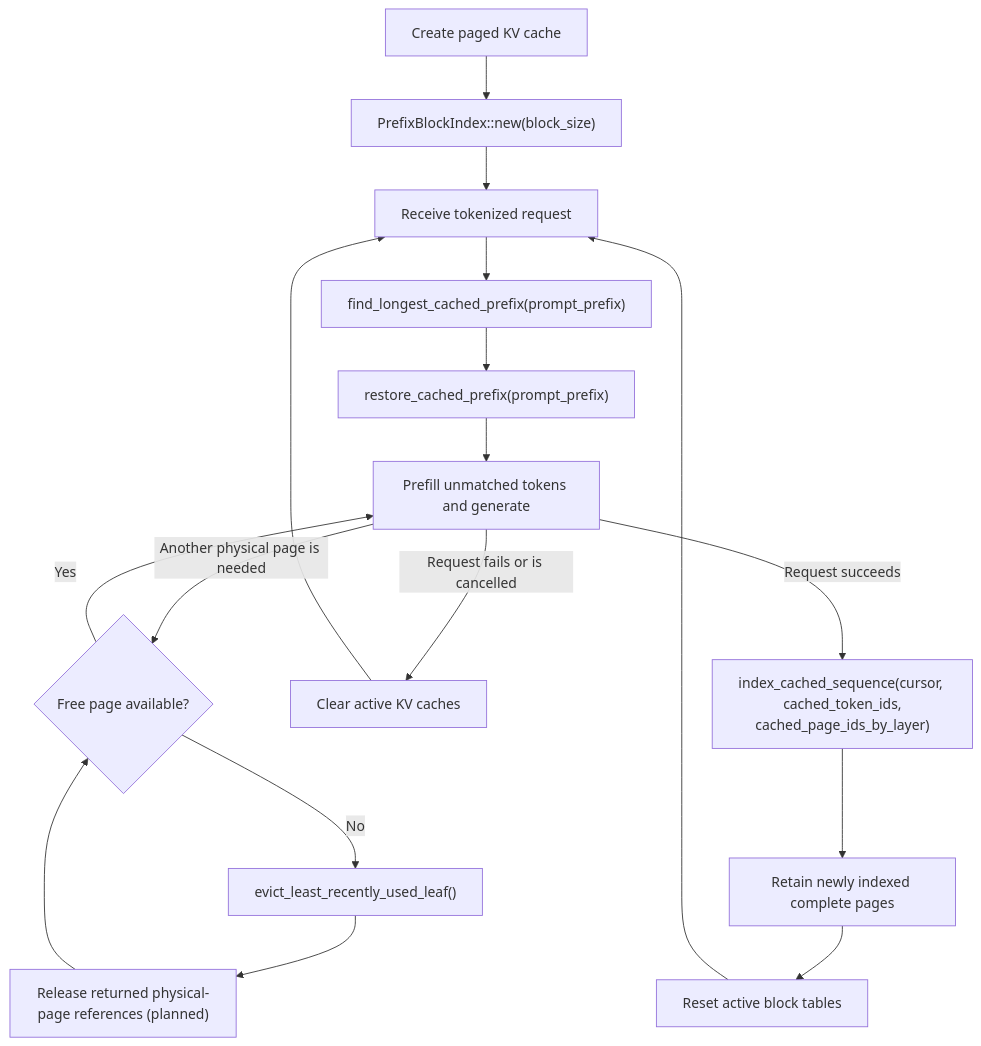
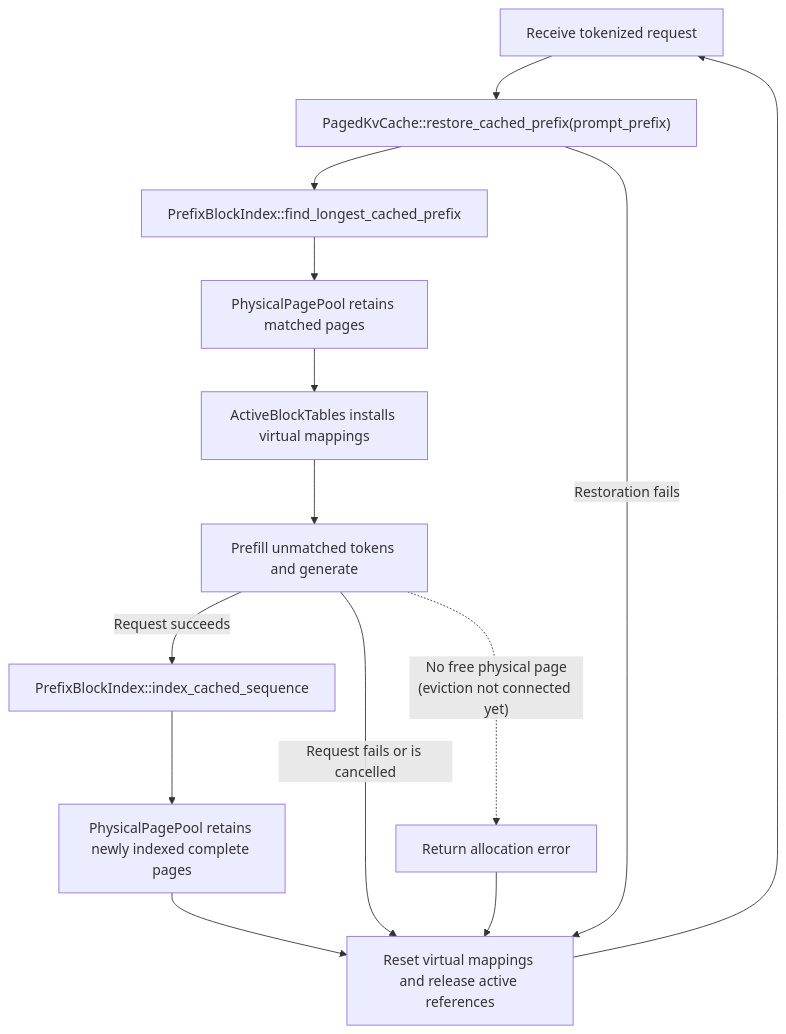
The diagram in src/model_runner/server/kv_cache/README.md (lun0522/mini-vllm-rs), drawn with Mermaid before and after one commit. The commit also changed other lines of this file and 4 other files, not shown here.

First line of the commit message:
Refactor: Clarify paged KV cache ownership and request lifecycle

````diff
--- a/src/model_runner/server/kv_cache/README.md
+++ b/src/model_runner/server/kv_cache/README.md
@@ -29,19 +37,17 @@
 ```mermaid
 flowchart TD
-    Start[Create paged KV cache] --> New["PrefixBlockIndex::new(block_size)"]
-    New --> Request[Receive tokenized request]
-    Request --> Find["find_longest_cached_prefix(prompt_prefix)"]
-    Find --> Restore["restore_cached_prefix(prompt_prefix)"]
-    Restore --> Work[Prefill unmatched tokens and generate]
-    Work -->|Request succeeds| Index["index_cached_sequence(cursor, cached_token_ids,<br/>cached_page_ids_by_layer)"]
-    Work -->|Request fails or is cancelled| Clear[Clear active KV caches]
-    Clear --> Request
-    Work -->|Another physical page is needed| Available{Free page available?}
-    Available -->|Yes| Work
-    Available -->|No| Evict["evict_least_recently_used_leaf()"]
-    Evict --> Release["Release returned physical-page references (planned)"]
-    Release --> Available
-    Index --> Retain[Retain newly indexed complete pages]
-    Retain --> Reset[Reset active block tables]
+    Request[Receive tokenized request] --> Restore["PagedKvCache::restore_cached_prefix(prompt_prefix)"]
+    Restore --> Find["PrefixBlockIndex::find_longest_cached_prefix"]
+    Find --> RetainMatch["PhysicalPagePool retains matched pages"]
+    RetainMatch --> Attach["ActiveBlockTables installs virtual mappings"]
+    Attach --> Work[Prefill unmatched tokens and generate]
+    Work -->|Request succeeds| Index["PrefixBlockIndex::index_cached_sequence"]
+    Index --> RetainNew["PhysicalPagePool retains newly indexed complete pages"]
+    RetainNew --> Reset["Reset virtual mappings and release active references"]
+    Work -->|Request fails or is cancelled| Reset
+    Restore -->|Restoration fails| Reset
     Reset --> Request
+
+    Work -. "No free physical page<br/>(eviction not connected yet)" .-> Fail[Return allocation error]
+    Fail --> Reset
 ```
````
